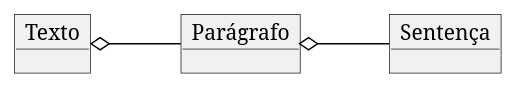
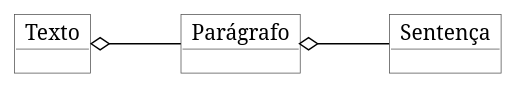
Before and after one commit to kyriosdata/oo: the diagram in imagens/modelos-01/imagem-04/mod01ima04.plantuml, drawn with PlantUML.

```diff
--- a/imagens/modelos-01/imagem-04/mod01ima04.plantuml
+++ b/imagens/modelos-01/imagem-04/mod01ima04.plantuml
@@ -1,18 +1,18 @@
 @startuml mod01ima04
 
 
 
-skinparam class {
+skinparam object {
     BackgroundColor White
     ArrowColor Black
     BorderColor #505050
 }
 
 
 object "Texto" as o1
 object "Parágrafo" as o2
 object "Sentença" as o3
 left to right direction
 o1 o-- o2 
 o2 o-- o3
 @enduml
```
